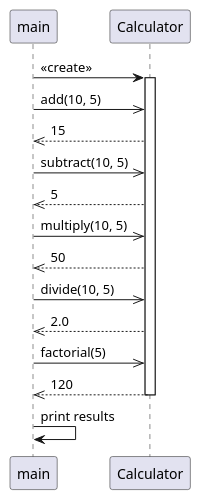
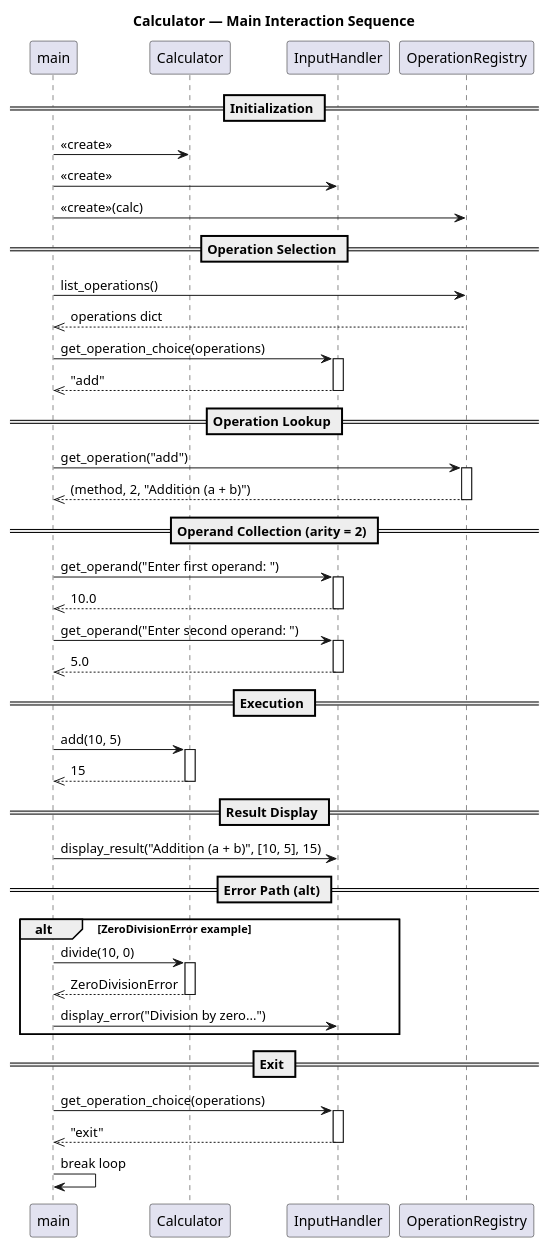
One commit to DanielRiha8906/Calculator_bachelor_autoevolution_team changed the diagram in artifacts/main_sequence_diagram.puml. Above: the diagram before and after it, drawn with PlantUML. The commit also changed 3 other files, not shown here.

Commit message:
docs: update PlantUML diagrams with full architecture coverage

```diff
--- a/artifacts/main_sequence_diagram.puml
+++ b/artifacts/main_sequence_diagram.puml
@@ -1,28 +1,65 @@
 @startuml main_sequence_diagram
+title Calculator — Main Interaction Sequence
 
 participant "main" as main
 participant "Calculator" as calc
+participant "InputHandler" as ih
+participant "OperationRegistry" as reg
 
+== Initialization ==
 main -> calc : <<create>>
+main -> ih : <<create>>
+main -> reg : <<create>>(calc)
+
+== Operation Selection ==
+main -> reg : list_operations()
+reg -->> main : operations dict
+
+main -> ih : get_operation_choice(operations)
+activate ih
+ih -->> main : "add"
+deactivate ih
+
+== Operation Lookup ==
+main -> reg : get_operation("add")
+activate reg
+reg -->> main : (method, 2, "Addition (a + b)")
+deactivate reg
+
+== Operand Collection (arity = 2) ==
+main -> ih : get_operand("Enter first operand: ")
+activate ih
+ih -->> main : 10.0
+deactivate ih
+
+main -> ih : get_operand("Enter second operand: ")
+activate ih
+ih -->> main : 5.0
+deactivate ih
+
+== Execution ==
+main -> calc : add(10, 5)
 activate calc
-
-main ->> calc : add(10, 5)
 calc -->> main : 15
-
-main ->> calc : subtract(10, 5)
-calc -->> main : 5
-
-main ->> calc : multiply(10, 5)
-calc -->> main : 50
-
-main ->> calc : divide(10, 5)
-calc -->> main : 2.0
-
-main ->> calc : factorial(5)
-calc -->> main : 120
-
 deactivate calc
 
-main -> main : print results
+== Result Display ==
+main -> ih : display_result("Addition (a + b)", [10, 5], 15)
+
+== Error Path (alt) ==
+alt ZeroDivisionError example
+  main -> calc : divide(10, 0)
+  activate calc
+  calc -->> main : ZeroDivisionError
+  deactivate calc
+  main -> ih : display_error("Division by zero...")
+end
+
+== Exit ==
+main -> ih : get_operation_choice(operations)
+activate ih
+ih -->> main : "exit"
+deactivate ih
+main -> main : break loop
 
 @enduml
```
